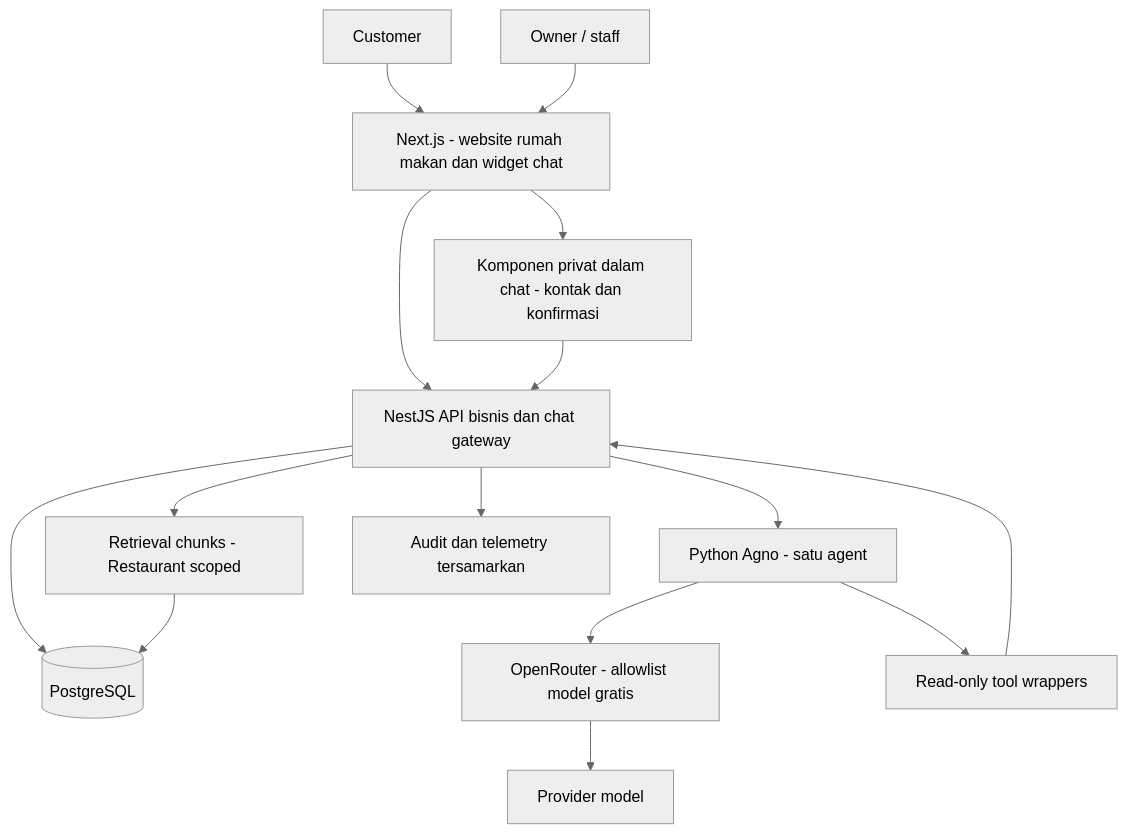
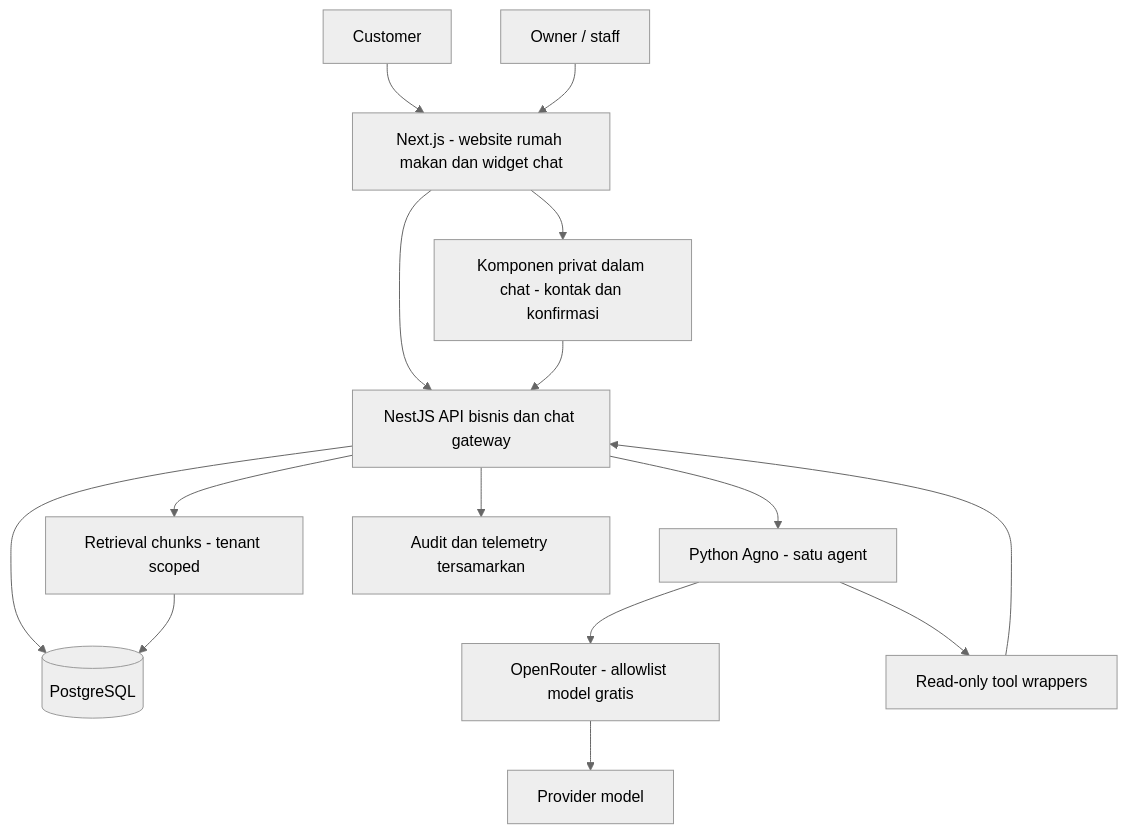
One commit to wisnufadhillah/Restaurant-Mulit-Tenant changed the third of 10 diagrams in PRD — Restaurant Assistant MVP.md. Above: the diagram before and after it, drawn with Mermaid (neutral theme). The commit also changed other lines of this file and 1 other file, not shown here.

````diff
--- a/PRD — Restaurant Assistant MVP.md
+++ b/PRD — Restaurant Assistant MVP.md
@@ -219,17 +219,17 @@
 ```mermaid
 flowchart TB
     Customer[Customer] --> Web[Next.js - website rumah makan dan widget chat]
     Staff[Owner / staff] --> Web
     Web --> API[NestJS API bisnis dan chat gateway]
     API --> DB[(PostgreSQL)]
     API --> AI[Python Agno - satu agent]
     AI --> Router[OpenRouter - allowlist model gratis]
     Router --> LLM[Provider model]
     AI --> Tools[Read-only tool wrappers]
     Tools --> API
-    API --> Retrieval[Retrieval chunks - Restaurant scoped]
+    API --> Retrieval[Retrieval chunks - tenant scoped]
     Retrieval --> DB
     API --> Audit[Audit dan telemetry tersamarkan]
     Web --> Confirm[Komponen privat dalam chat - kontak dan konfirmasi]
     Confirm --> API
 ```
````
